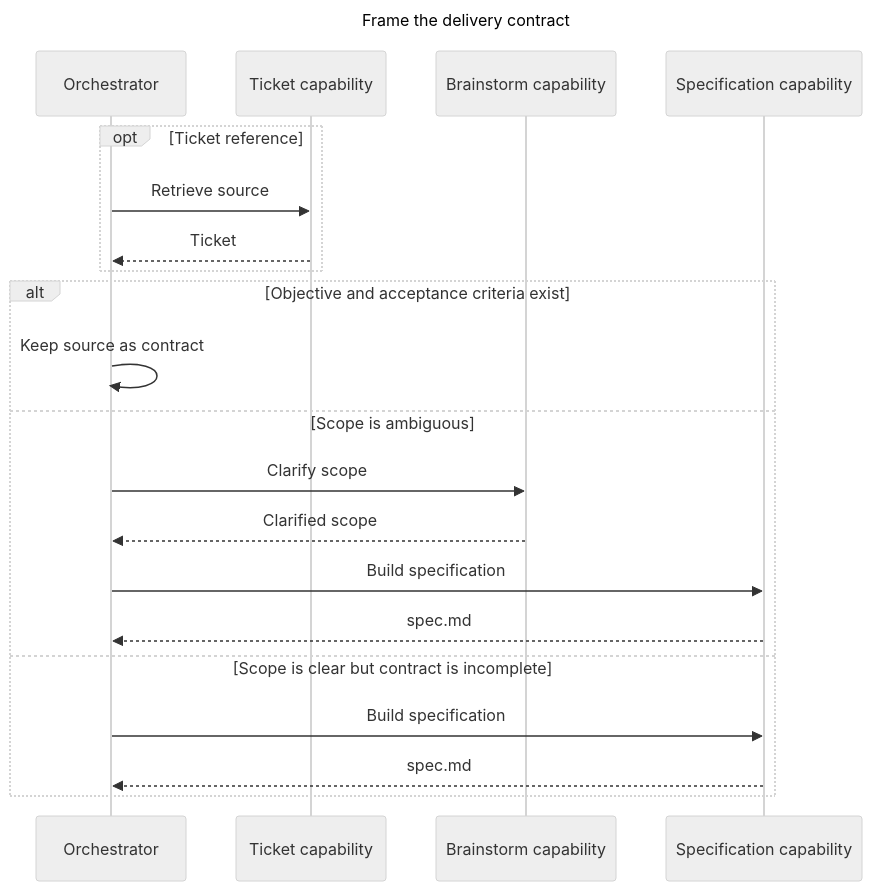
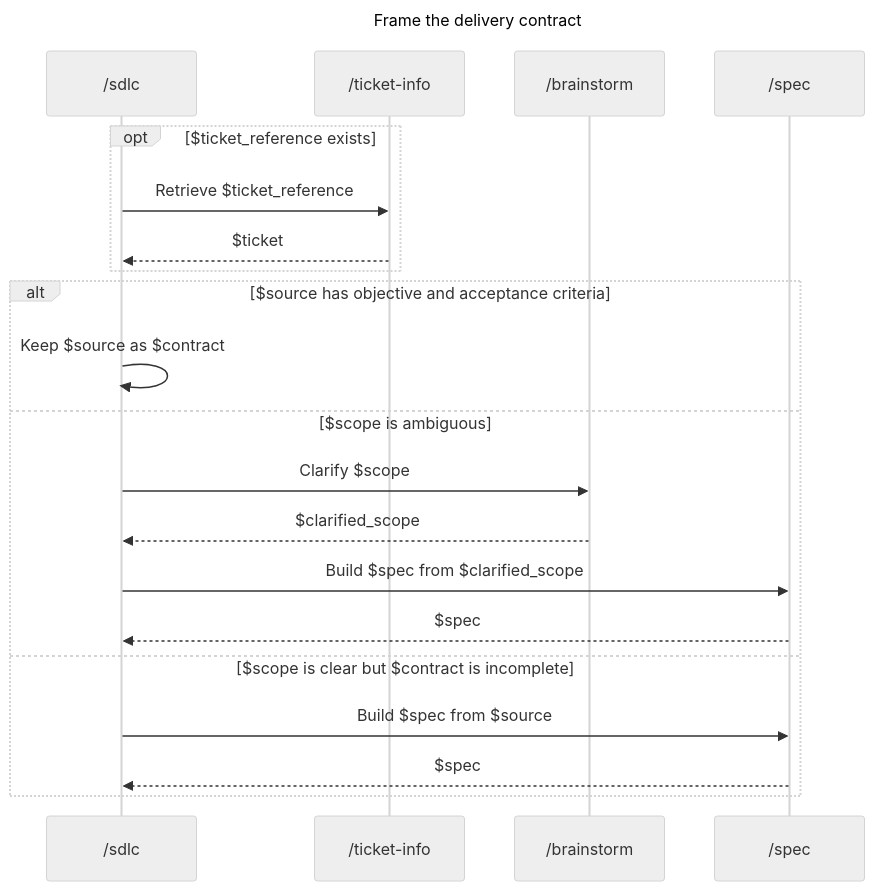
One commit to ai-driven-dev/aidd-framework changed the diagram in plugins/aidd-orchestrator/skills/01-sdlc/references/01-frame.md. Above: the diagram before and after it, drawn with Mermaid (neutral theme). The commit also changed other lines of this file and 4 other files, not shown here.

Commit message:
fix(orchestrator): align SDLC protocol notation

````diff
--- a/plugins/aidd-orchestrator/skills/01-sdlc/references/01-frame.md
+++ b/plugins/aidd-orchestrator/skills/01-sdlc/references/01-frame.md
@@ -5,26 +5,26 @@
 ```mermaid
 ---
 title: Frame the delivery contract
 ---
 sequenceDiagram
-  participant Orchestrator
-  participant Ticket as Ticket capability
-  participant Brainstorm as Brainstorm capability
-  participant Spec as Specification capability
+  participant Sdlc as /sdlc
+  participant Ticket as /ticket-info
+  participant Brainstorm as /brainstorm
+  participant Spec as /spec
 
-  opt Ticket reference
-    Orchestrator->>Ticket: Retrieve source
-    Ticket-->>Orchestrator: Ticket
+  opt $ticket_reference exists
+    Sdlc->>Ticket: Retrieve $ticket_reference
+    Ticket-->>Sdlc: $ticket
   end
-  alt Objective and acceptance criteria exist
-    Orchestrator->>Orchestrator: Keep source as contract
-  else Scope is ambiguous
-    Orchestrator->>Brainstorm: Clarify scope
-    Brainstorm-->>Orchestrator: Clarified scope
-    Orchestrator->>Spec: Build specification
-    Spec-->>Orchestrator: spec.md
-  else Scope is clear but contract is incomplete
-    Orchestrator->>Spec: Build specification
-    Spec-->>Orchestrator: spec.md
+  alt $source has objective and acceptance criteria
+    Sdlc->>Sdlc: Keep $source as $contract
+  else $scope is ambiguous
+    Sdlc->>Brainstorm: Clarify $scope
+    Brainstorm-->>Sdlc: $clarified_scope
+    Sdlc->>Spec: Build $spec from $clarified_scope
+    Spec-->>Sdlc: $spec
+  else $scope is clear but $contract is incomplete
+    Sdlc->>Spec: Build $spec from $source
+    Spec-->>Sdlc: $spec
   end
 ```
````
